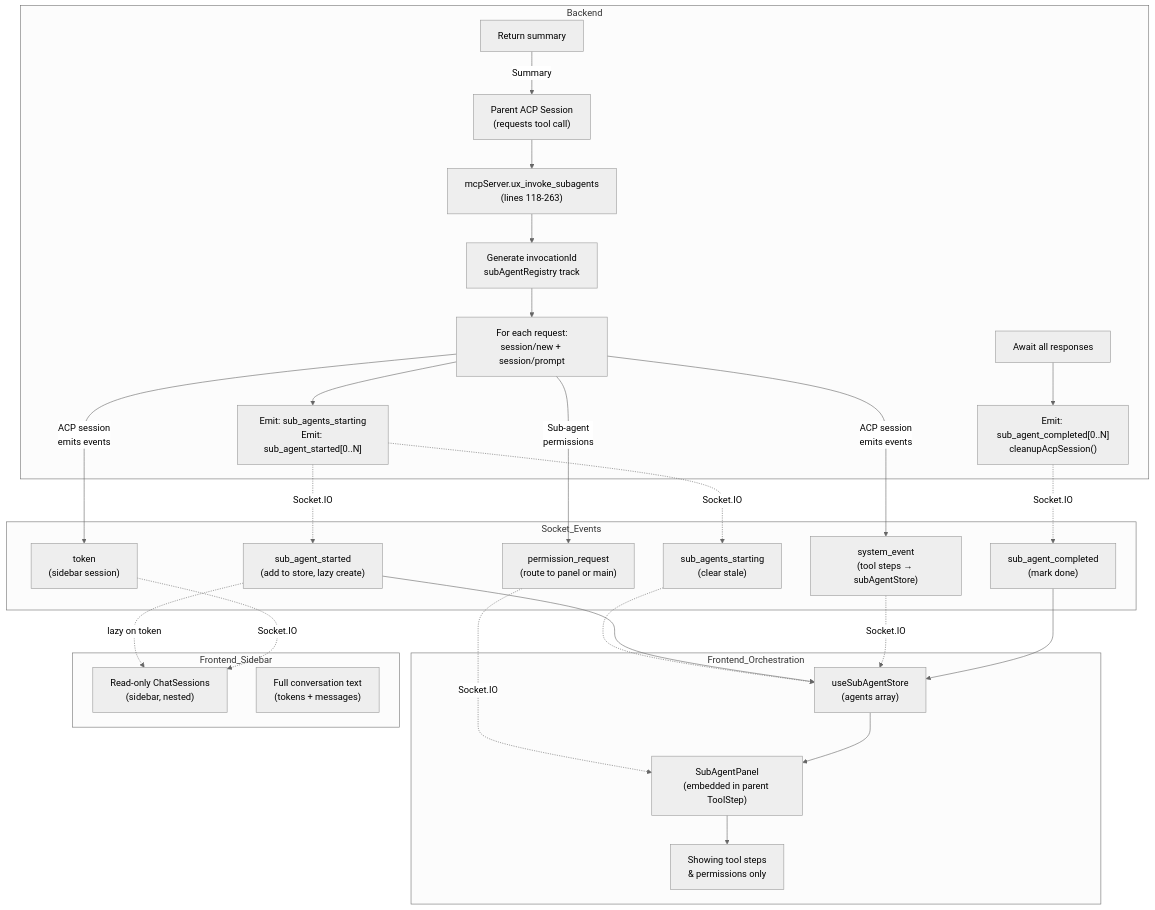
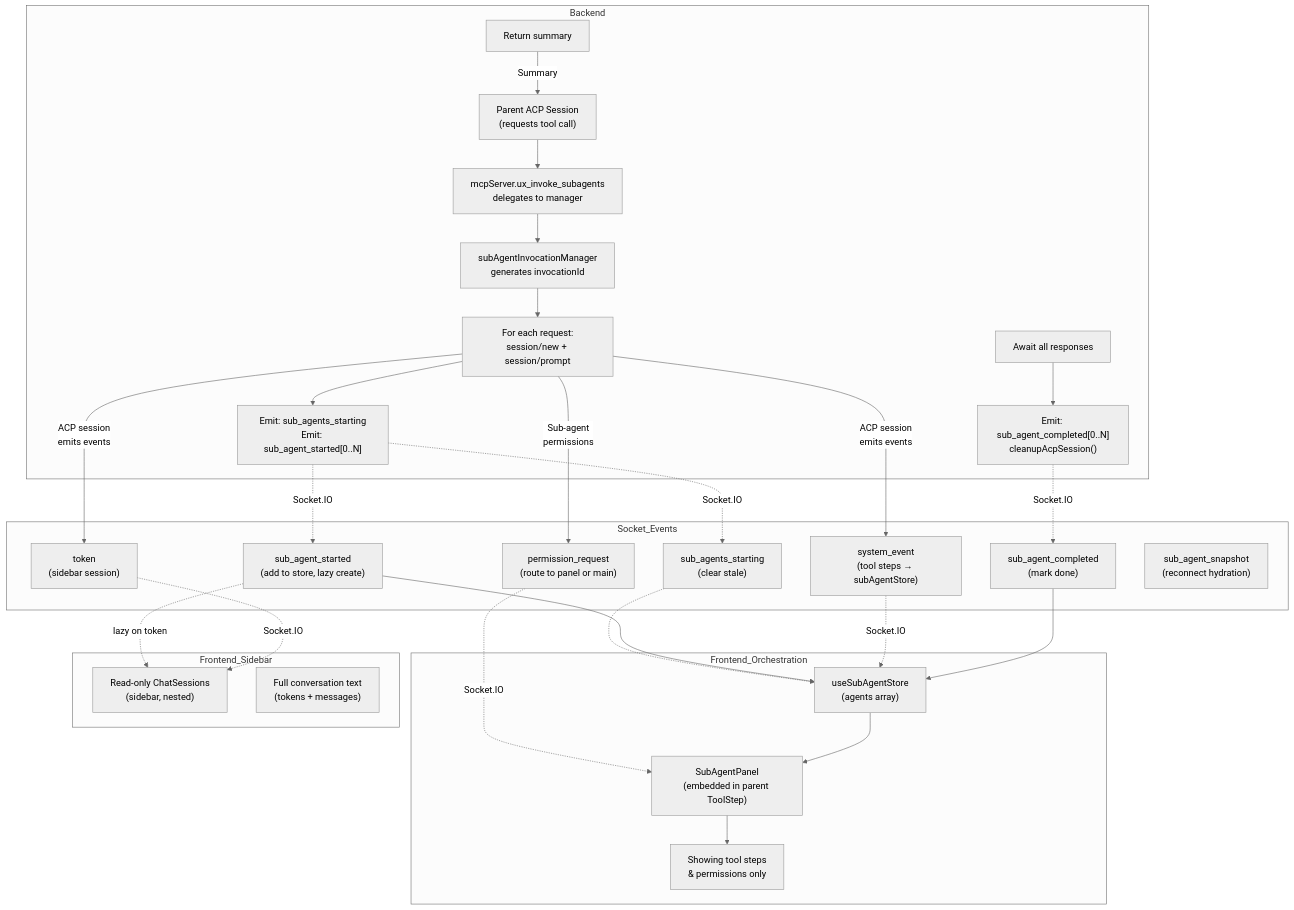
One commit to BitsInBytes/AcpUI changed the diagram in documents/[Feature Doc] - ux_invoke_subagents.md. Above: the diagram before and after it, drawn with Mermaid (neutral theme). The commit also changed other lines of this file and 22 other files, not shown here.

First line of the commit message:
feat(sub-agents): harden invocation and improve sidebar nesting

````diff
--- a/documents/[Feature Doc] - ux_invoke_subagents.md
+++ b/documents/[Feature Doc] - ux_invoke_subagents.md
@@ -403,57 +416,58 @@
 ```mermaid
 graph TB
     subgraph Backend
         B1["Parent ACP Session<br/>(requests tool call)"]
-        B2["mcpServer.ux_invoke_subagents<br/>(lines 118-263)"]
-        B3["Generate invocationId<br/>subAgentRegistry track"]
+        B2["mcpServer.ux_invoke_subagents<br/>delegates to manager"]
+        B3["subAgentInvocationManager<br/>generates invocationId"]
         B4["For each request:<br/>session/new + session/prompt"]
         B5["Emit: sub_agents_starting<br/>Emit: sub_agent_started[0..N]"]
         B6["Await all responses"]
         B7["Emit: sub_agent_completed[0..N]<br/>cleanupAcpSession()"]
         B8["Return summary"]
     end
     
     subgraph Frontend_Orchestration
         F1["SubAgentPanel<br/>(embedded in parent ToolStep)"]
         F2["useSubAgentStore<br/>(agents array)"]
         F3["Showing tool steps<br/>& permissions only"]
     end
     
     subgraph Frontend_Sidebar
         F4["Read-only ChatSessions<br/>(sidebar, nested)"]
         F5["Full conversation text<br/>(tokens + messages)"]
     end
     
     subgraph Socket_Events
         E1["sub_agents_starting<br/>(clear stale)"]
         E2["sub_agent_started<br/>(add to store, lazy create)"]
         E3["token<br/>(sidebar session)"]
         E4["system_event<br/>(tool steps → subAgentStore)"]
         E5["permission_request<br/>(route to panel or main)"]
         E6["sub_agent_completed<br/>(mark done)"]
+        E7["sub_agent_snapshot<br/>(reconnect hydration)"]
     end
     
     B1 --> B2
     B2 --> B3
     B3 --> B4
     B4 --> B5
     B5 -.->|Socket.IO| E1
     E1 -.-> F2
     B5 -.->|Socket.IO| E2
     E2 --> F2
     E2 -.->|lazy on token| F4
     
     B4 -->|ACP session<br/>emits events| E3
     E3 -.->|Socket.IO| F4
     B4 -->|ACP session<br/>emits events| E4
     E4 -.->|Socket.IO| F2
     B4 -->|Sub-agent<br/>permissions| E5
     E5 -.->|Socket.IO| F1
     F1 --> F3
     F2 --> F1
     
     B6 --> B7
     B7 -.->|Socket.IO| E6
     E6 --> F2
     B8 -->|Summary| B1
 ```
````
